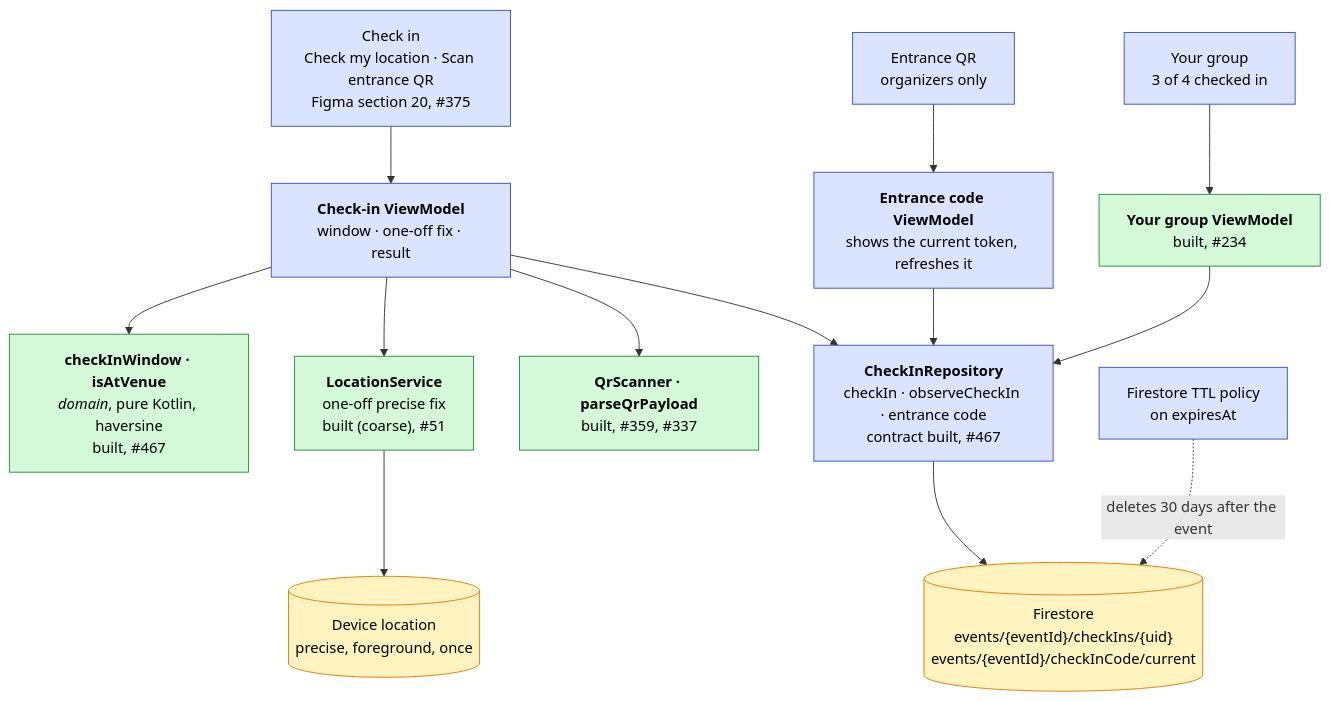
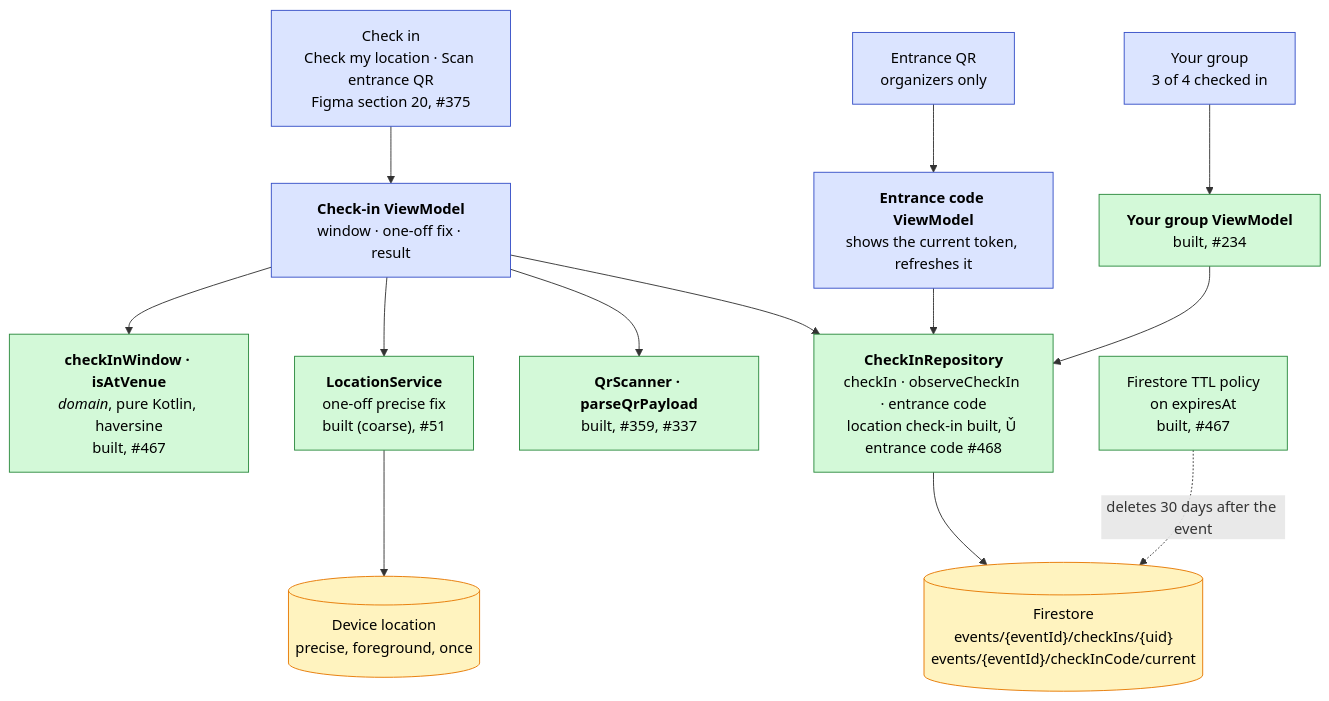
Before and after one commit to swent-polysocial/PolySocial: the tenth of 16 diagrams in docs/Architecture-Diagram.md, drawn with Mermaid. The commit also changed other lines of this file and 1 other file, not shown here.

First line of the commit message:
docs(checkin): record the stored check-ins

````diff
--- a/docs/Architecture-Diagram.md
+++ b/docs/Architecture-Diagram.md
@@ -710,19 +710,19 @@
 ```mermaid
 flowchart TB
   classDef pb fill:#dbe4ff,stroke:#364fc7,color:#000
   classDef ext fill:#fff3bf,stroke:#e67700,color:#000
   classDef s1 fill:#d3f9d8,stroke:#2b8a3e,color:#000
 
   checkUi["Check in<br/>Check my location · Scan entrance QR<br/>Figma section 20, #375"]:::pb --> checkVM["<b>Check-in ViewModel</b><br/>window · one-off fix · result"]:::pb
   codeUi["Entrance QR<br/>organizers only"]:::pb --> codeVM["<b>Entrance code ViewModel</b><br/>shows the current token, refreshes it"]:::pb
   groupUi["Your group<br/>3 of 4 checked in"]:::pb --> groupVM["<b>Your group ViewModel</b><br/>built, #234"]:::s1
   checkVM --> window["<b>checkInWindow · isAtVenue</b><br/><i>domain</i>, pure Kotlin, haversine<br/>built, #467"]:::s1
   checkVM --> loc["<b>LocationService</b><br/>one-off precise fix<br/>built (coarse), #51"]:::s1
   checkVM --> scan["<b>QrScanner · parseQrPayload</b><br/>built, #359, #337"]:::s1
-  checkVM --> repo["<b>CheckInRepository</b><br/>checkIn · observeCheckIn · entrance code<br/>contract built, #467"]:::pb
+  checkVM --> repo["<b>CheckInRepository</b><br/>checkIn · observeCheckIn · entrance code<br/>location check-in built, #467; entrance code #468"]:::s1
   codeVM --> repo
   groupVM --> repo
   repo --> fs[("Firestore<br/>events/{eventId}/checkIns/{uid}<br/>events/{eventId}/checkInCode/current")]:::ext
   loc --> gps[("Device location<br/>precise, foreground, once")]:::ext
-  ttl["Firestore TTL policy<br/>on expiresAt"]:::pb -. "deletes 30 days after the event" .-> fs
+  ttl["Firestore TTL policy<br/>on expiresAt<br/>built, #467"]:::s1 -. "deletes 30 days after the event" .-> fs
 ```
````
